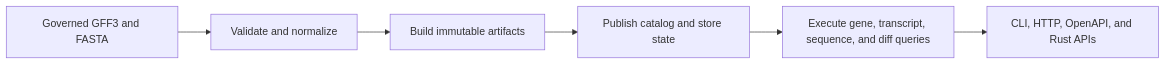
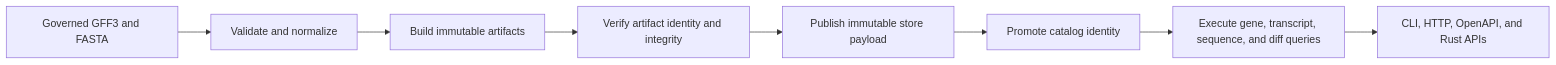
The first of 4 diagrams in docs/bijux-atlas/index.md (bijux/bijux-atlas), drawn with Mermaid before and after one commit. The commit also changed other lines of this file and 2 other files, not shown here.

````diff
--- a/docs/bijux-atlas/index.md
+++ b/docs/bijux-atlas/index.md
@@ -16,8 +16,10 @@
 ```mermaid
 flowchart LR
     Inputs[Governed GFF3 and FASTA] --> Ingest[Validate and normalize]
     Ingest --> Build[Build immutable artifacts]
-    Build --> Publish[Publish catalog and store state]
-    Publish --> Query[Execute gene, transcript, sequence, and diff queries]
+    Build --> Verify[Verify artifact identity and integrity]
+    Verify --> Store[Publish immutable store payload]
+    Store --> Catalog[Promote catalog identity]
+    Catalog --> Query[Execute gene, transcript, sequence, and diff queries]
     Query --> Interfaces[CLI, HTTP, OpenAPI, and Rust APIs]
 ```
````
